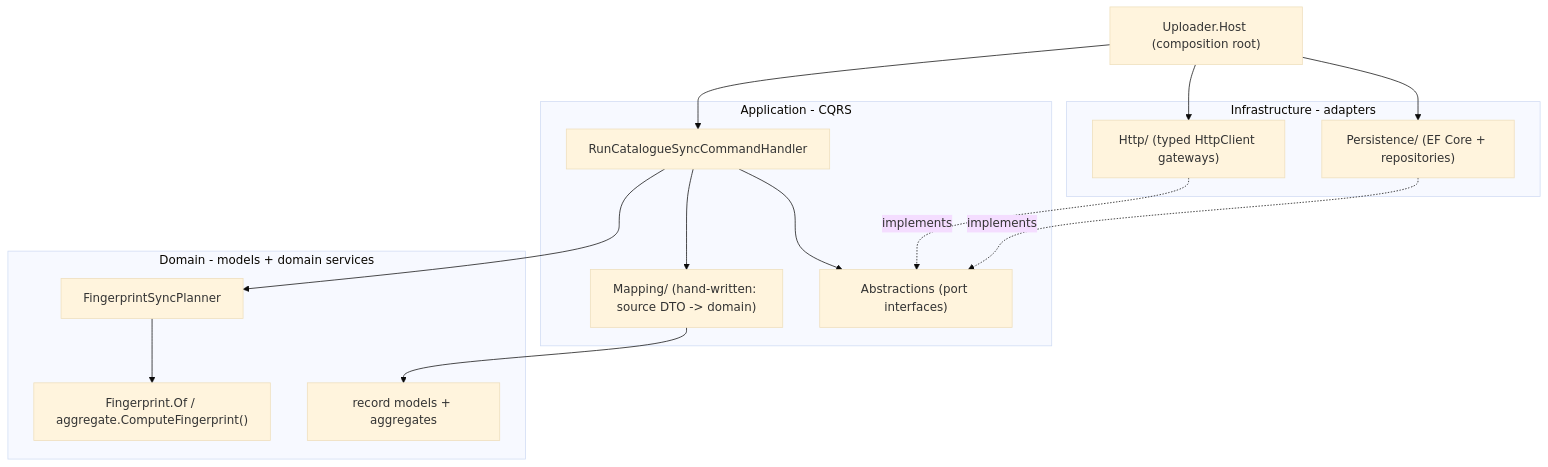
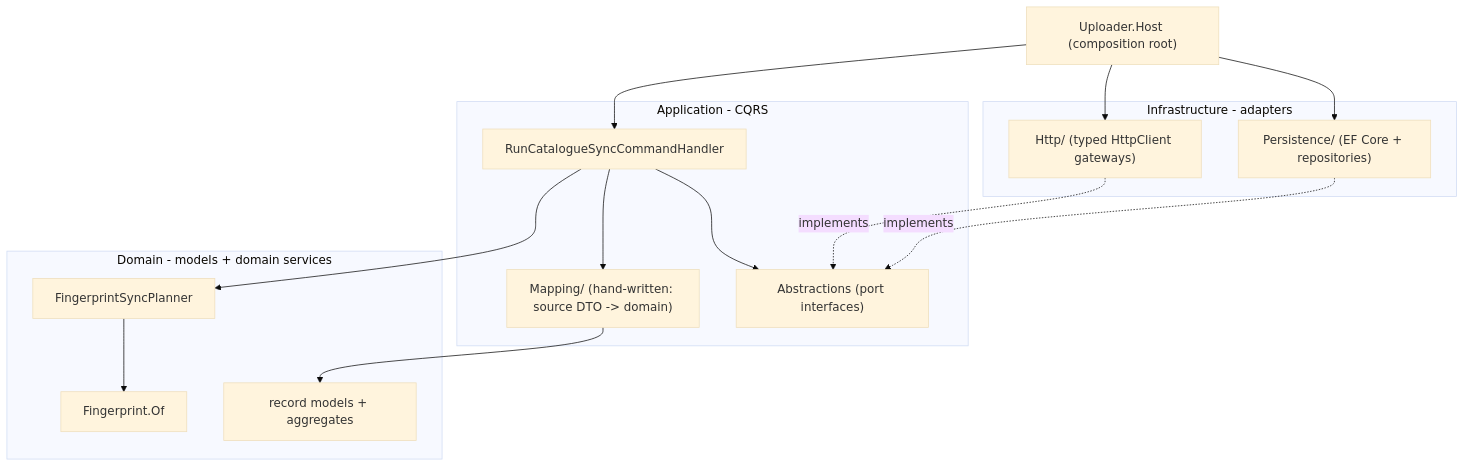
Before and after one commit to BBMRI-cz/data-catalogue-upload: the second of 4 diagrams in ARCHITECTURE.md, drawn with Mermaid (base theme). The commit also changed other lines of this file and 4 other files, not shown here.

````diff
--- a/ARCHITECTURE.md
+++ b/ARCHITECTURE.md
@@ -54,32 +54,32 @@
 ```mermaid
 flowchart TD
     Main["Uploader.Host (composition root)"]
 
     subgraph application [Application - CQRS]
         SyncService["RunCatalogueSyncCommandHandler"]
         Mapper["Mapping/ (hand-written: source DTO -> domain)"]
         Ports["Abstractions (port interfaces)"]
     end
 
     subgraph domain [Domain - models + domain services]
         Models["record models + aggregates"]
         Planner["FingerprintSyncPlanner"]
-        Fingerprint["Fingerprint.Of / aggregate.ComputeFingerprint()"]
+        Fingerprint["Fingerprint.Of"]
     end
 
     subgraph infrastructure [Infrastructure - adapters]
         HttpClients["Http/ (typed HttpClient gateways)"]
         Db["Persistence/ (EF Core + repositories)"]
     end
 
     Main --> SyncService
     Main --> HttpClients
     Main --> Db
     SyncService --> Planner
     SyncService --> Mapper
     SyncService --> Ports
     Mapper --> Models
     Planner --> Fingerprint
     HttpClients -.implements.-> Ports
     Db -.implements.-> Ports
 ```
````
